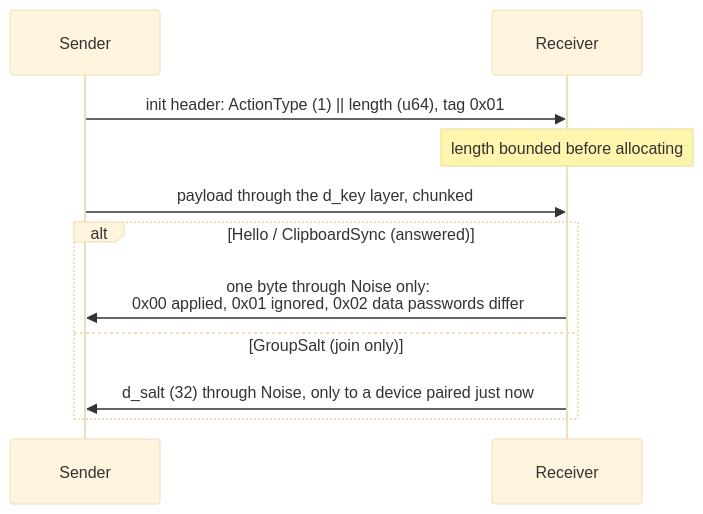
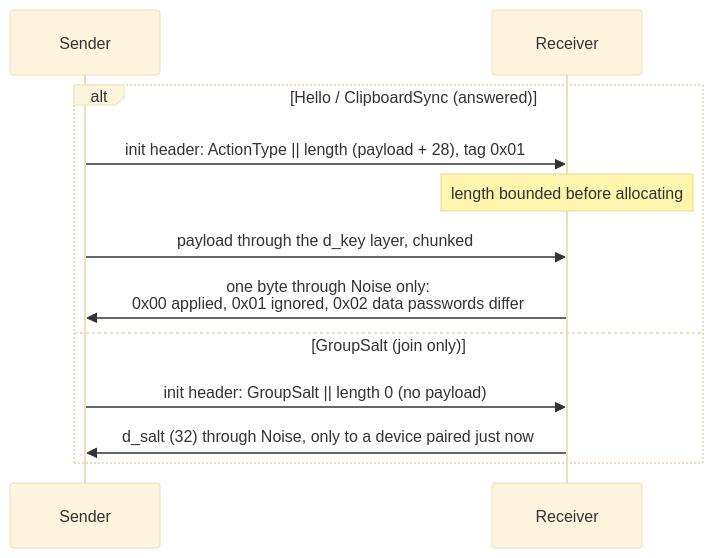
The third of 3 diagrams in docs/diagrams/handshake.md (czarekkdev/cesaconn), drawn with Mermaid (base theme) before and after one commit. The commit also changed 10 other files, not shown here.

First line of the commit message:
docs(diagrams): match the code on the review points

````diff
--- a/docs/diagrams/handshake.md
+++ b/docs/diagrams/handshake.md
@@ -59,13 +59,14 @@
 ```mermaid
 sequenceDiagram
     participant C as Sender
     participant S as Receiver
-    C->>S: init header: ActionType (1) || length (u64), tag 0x01
-    Note over S: length bounded before allocating
-    C->>S: payload through the d_key layer, chunked
     alt Hello / ClipboardSync (answered)
+        C->>S: init header: ActionType || length (payload + 28), tag 0x01
+        Note over S: length bounded before allocating
+        C->>S: payload through the d_key layer, chunked
         S->>C: one byte through Noise only:<br/>0x00 applied, 0x01 ignored, 0x02 data passwords differ
     else GroupSalt (join only)
+        C->>S: init header: GroupSalt || length 0 (no payload)
         S->>C: d_salt (32) through Noise, only to a device paired just now
     end
 ```
````
